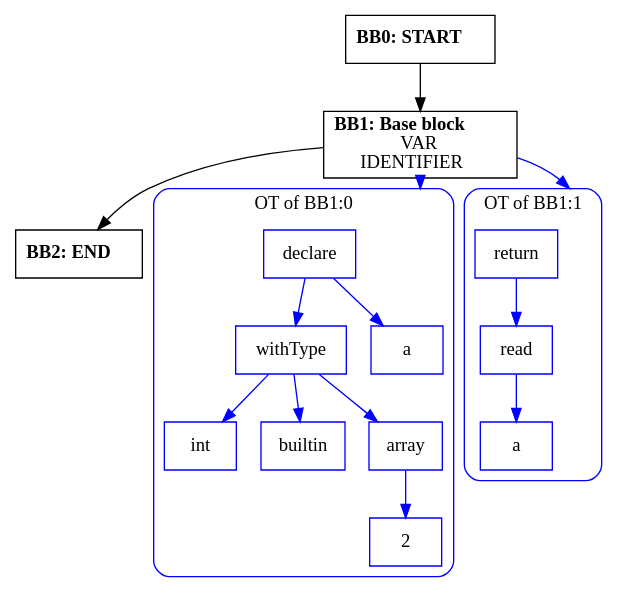
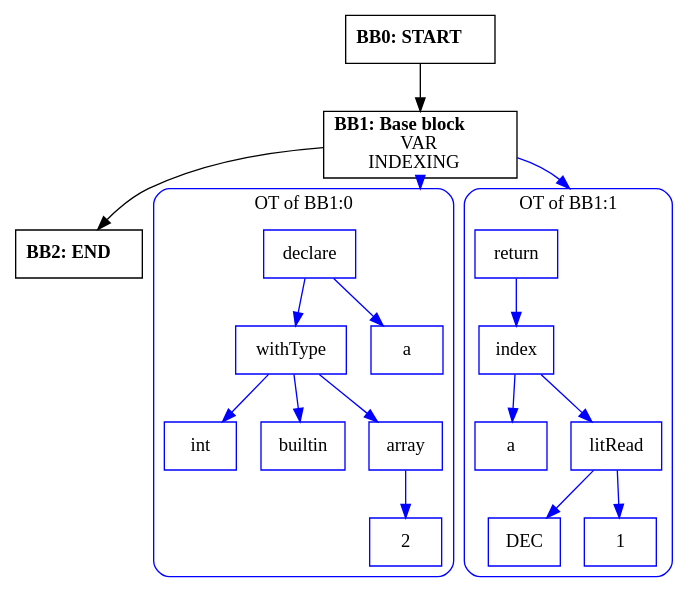
Before and after one commit to zavar152-cv/myLang-oop-compiler: the diagram in outputs/cfg/typingInput.test3.dot, drawn with Graphviz. The commit also changed 3 other files, not shown here.

```diff
--- a/outputs/cfg/typingInput.test3.dot
+++ b/outputs/cfg/typingInput.test3.dot
@@ -1,44 +1,50 @@
 digraph CFG {
     compound=true;
     graph [splines=true];
     node [shape=rectangle];
 
     BB2 [label=<<B>BB2: END</B><BR ALIGN="CENTER"/>>];
-    BB1 [label=<<B>BB1: Base block</B><BR ALIGN="CENTER"/>VAR<BR ALIGN="CENTER"/>IDENTIFIER<BR ALIGN="CENTER"/>>];
+    BB1 [label=<<B>BB1: Base block</B><BR ALIGN="CENTER"/>VAR<BR ALIGN="CENTER"/>INDEXING<BR ALIGN="CENTER"/>>];
     subgraph cluster_instruction0 {
         label = "OT of BB1:0";
         style=rounded;
         color=blue;
         entry0 [shape=point, style=invis];
         node0 [label="declare", color=blue];
         node1 [label="withType", color=blue];
         node2 [label="int", color=blue];
         node1 -> node2[color=blue];
         node3 [label="builtin", color=blue];
         node1 -> node3[color=blue];
         node4 [label="array", color=blue];
         node5 [label="2", color=blue];
         node4 -> node5[color=blue];
         node1 -> node4[color=blue];
         node0 -> node1[color=blue];
         node6 [label="a", color=blue];
         node0 -> node6[color=blue];
     }
     BB1 -> entry0 [lhead=cluster_instruction0, color=blue];
     subgraph cluster_instruction1 {
         label = "OT of BB1:1";
         style=rounded;
         color=blue;
         entry1 [shape=point, style=invis];
         node7 [label="return", color=blue];
-        node8 [label="read", color=blue];
+        node8 [label="index", color=blue];
         node9 [label="a", color=blue];
         node8 -> node9[color=blue];
+        node10 [label="litRead", color=blue];
+        node11 [label="DEC", color=blue];
+        node10 -> node11[color=blue];
+        node12 [label="1", color=blue];
+        node10 -> node12[color=blue];
+        node8 -> node10[color=blue];
         node7 -> node8[color=blue];
     }
     BB1 -> entry1 [lhead=cluster_instruction1, color=blue];
     BB0 [label=<<B>BB0: START</B><BR ALIGN="CENTER"/>>];
 
     BB1 -> BB2;
     BB0 -> BB1;
 }
```
